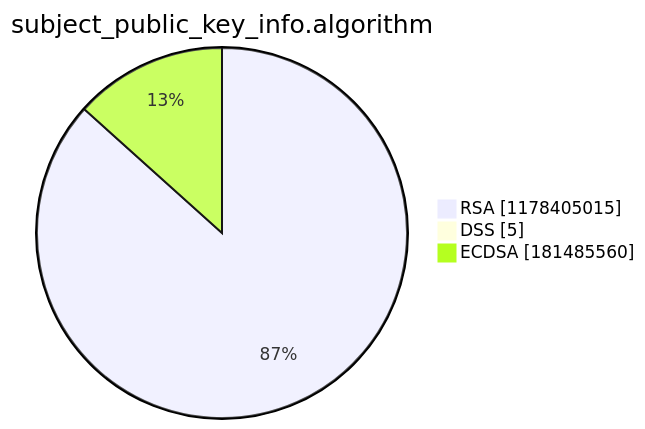
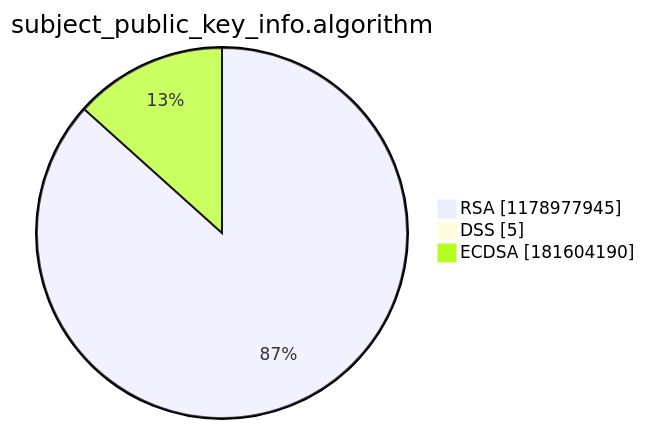
Before and after one commit to christiankrug/ctmonitor_visualization: the third of 15 diagrams in argon2022/README.md, drawn with Mermaid. The commit also changed other lines of this file, not shown here.

````diff
--- a/argon2022/README.md
+++ b/argon2022/README.md
@@ -14,7 +14,7 @@
 ```mermaid
 pie showData
 title subject_public_key_info.algorithm
-"RSA" :1178405015
+"RSA" :1178977945
 "DSS" :5
-"ECDSA" :181485560
+"ECDSA" :181604190
 ```
````
